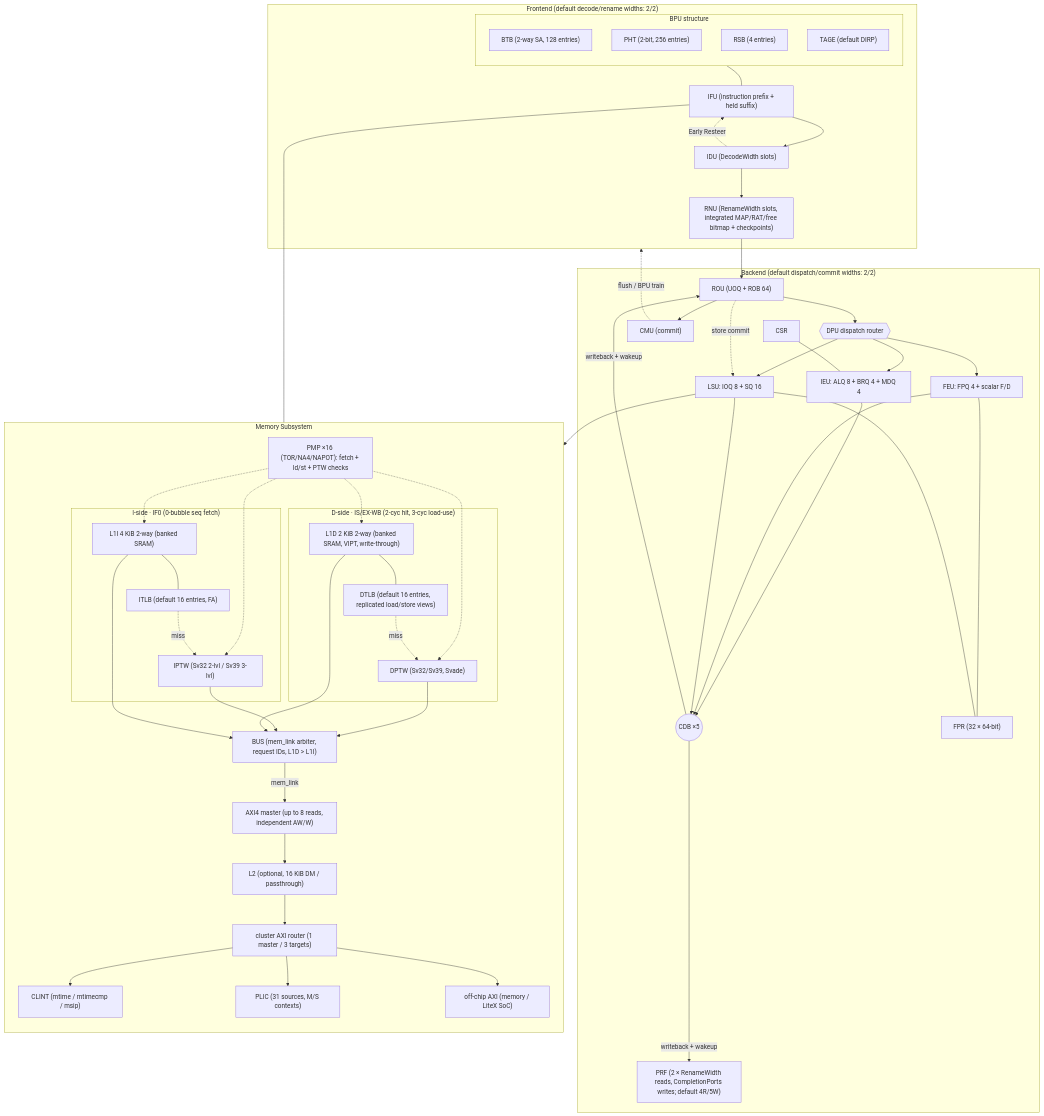
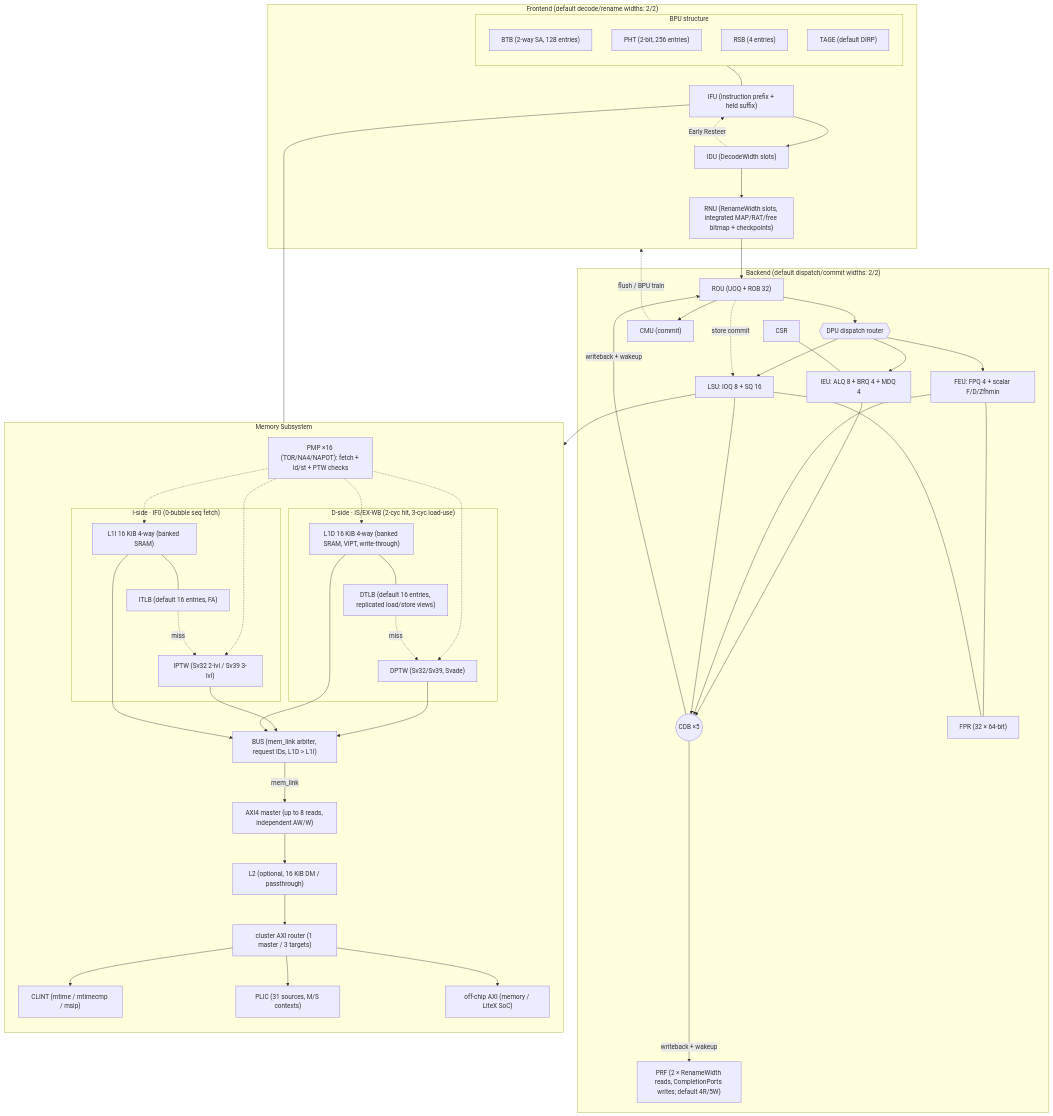
The diagram in README.md (Kingfish404/raptor-chip), drawn with Mermaid before and after one commit. The commit also changed other lines of this file and 260 other files, not shown here.

````diff
--- a/README.md
+++ b/README.md
@@ -44,72 +55,72 @@
 ```mermaid
 flowchart TD
   subgraph BPU["BPU structure"]
     direction TD
     BTB["BTB (2-way SA, 128 entries)"]
     PHT["PHT (2-bit, 256 entries)"]
     RSB["RSB (4 entries)"]
     TAGE["TAGE (default DIRP)"]
   end
   subgraph FE["Frontend (default decode/rename widths: 2/2)"]
     BPU["BPU (TAGE/BTB/RSB)"]
     IFU["IFU (instruction prefix + held suffix)"]
     IDU["IDU (DecodeWidth slots)"]
     RNU["RNU (RenameWidth slots, integrated MAP/RAT/free bitmap + checkpoints)"]
   end
   subgraph BE["Backend (default dispatch/commit widths: 2/2)"]
-    ROU["ROU (UOQ + ROB 64)"]
+    ROU["ROU (UOQ + ROB 32)"]
     DPU{{"DPU dispatch router"}}
     IEU["IEU: ALQ 8 + BRQ 4 + MDQ 4"]
-    FEU["FEU: FPQ 4 + scalar F/D"]
+    FEU["FEU: FPQ 4 + scalar F/D/Zfhmin"]
     LSU["LSU: IOQ 8 + SQ 16"]
     CDB(("CDB ×5"))
     PRF["PRF (2 × RenameWidth reads, CompletionPorts writes; default 4R/5W)"]
     FPR["FPR (32 × 64-bit)"]
     CMU["CMU (commit)"]
     CSR
   end
   subgraph MEM["Memory Subsystem"]
     direction TD
     subgraph IMEM["I-side · IF0 (0-bubble seq fetch)"]
-      L1I["L1I 4 KiB 2-way (banked SRAM)"]
+      L1I["L1I 16 KiB 4-way (banked SRAM)"]
       ITLB["ITLB (default 16 entries, FA)"]
       IPTW["IPTW (Sv32 2-lvl / Sv39 3-lvl)"]
     end
     subgraph DMEM["D-side · IS/EX-WB (2-cyc hit, 3-cyc load-use)"]
-      L1D["L1D 2 KiB 2-way (banked SRAM, VIPT, write-through)"]
+      L1D["L1D 16 KiB 4-way (banked SRAM, VIPT, write-through)"]
       DTLB["DTLB (default 16 entries, replicated load/store views)"]
       DPTW["DPTW (Sv32/Sv39, Svade)"]
     end
     PMPC["PMP ×16 (TOR/NA4/NAPOT): fetch + ld/st + PTW checks"]
     BUS["BUS (mem_link arbiter, request IDs, L1D > L1I)"]
     AXIM["AXI4 master (up to 8 reads, independent AW/W)"]
     L2["L2 (optional, 16 KiB DM / passthrough)"]
     RTR["cluster AXI router (1 master / 3 targets)"]
     CLINT["CLINT (mtime / mtimecmp / msip)"]
     PLIC["PLIC (31 sources, M/S contexts)"]
     EXT["off-chip AXI (memory / LiteX SoC)"]
   end
   BPU --- IFU
   IFU --> IDU --> RNU
   IDU -."Early Resteer".-> IFU
   RNU --> ROU --> DPU
   DPU --> IEU & FEU & LSU
   IEU & FEU & LSU --> CDB
   CDB -->|"writeback + wakeup"| ROU & PRF
   FEU --- FPR
   LSU --- FPR
   ROU --> CMU
   ROU -."store commit".-> LSU
   CMU -."flush / BPU train".-> FE
   CSR --- IEU
   IFU --- L1I
   L1I --- ITLB
   ITLB -."miss".-> IPTW
   LSU --> L1D
   L1D --- DTLB
   DTLB -."miss".-> DPTW
   PMPC -.-> L1I & L1D & IPTW & DPTW
   L1I & L1D & IPTW & DPTW --> BUS
   BUS -->|mem_link| AXIM --> L2 --> RTR
   RTR --> CLINT & PLIC & EXT
 ```
````
